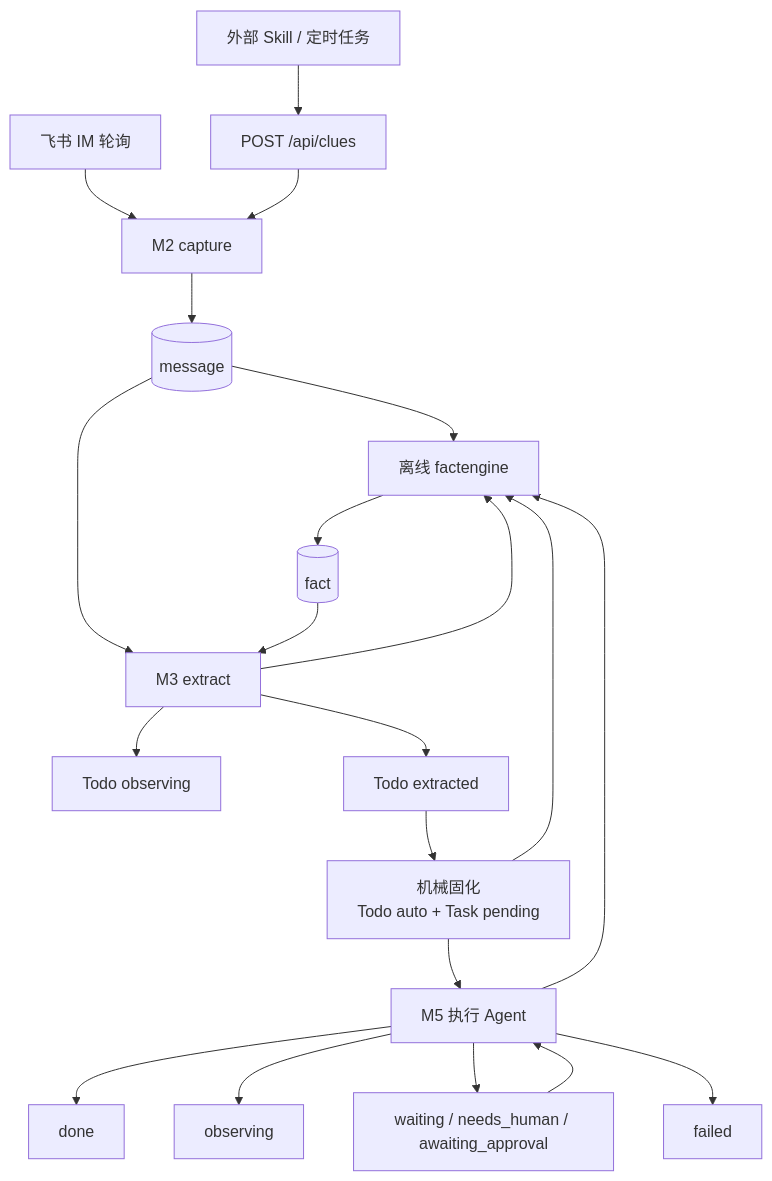
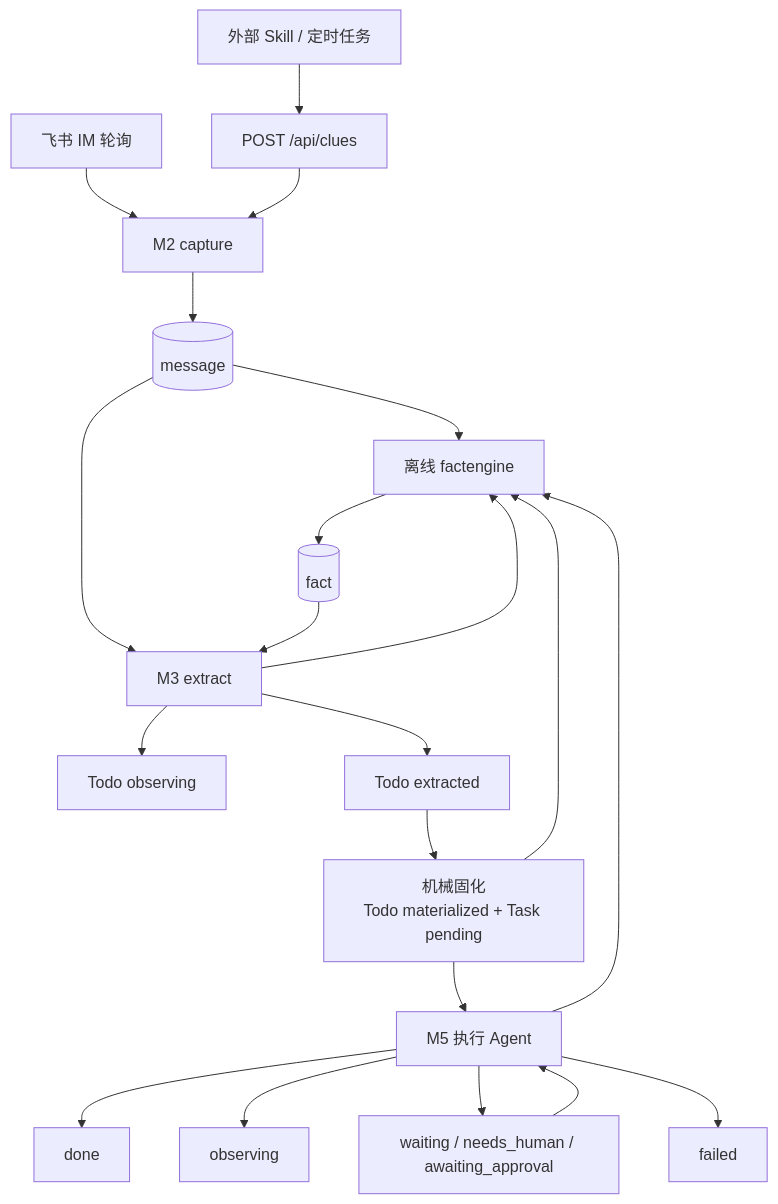
One commit to mjscjj/jarvis changed the second of 2 diagrams in docs/00-overview.md. Above: the diagram before and after it, drawn with Mermaid. The commit also changed other lines of this file and 8 other files, not shown here.

````diff
--- a/docs/00-overview.md
+++ b/docs/00-overview.md
@@ -45,21 +45,21 @@
 ```mermaid
 flowchart TD
     IM["飞书 IM 轮询"] --> M2["M2 capture"]
     EXT["外部 Skill / 定时任务"] --> CLUE["POST /api/clues"] --> M2
     M2 --> MSG[("message")]
     MSG --> FACT["离线 factengine"] --> F[("fact")]
     MSG --> M3["M3 extract"]
     F --> M3
     M3 --> OBS0["Todo observing"]
     M3 --> EXT0["Todo extracted"]
     M3 --> FACT
-    EXT0 --> AUTO["机械固化\nTodo auto + Task pending"]
-    AUTO --> EXEC["M5 执行 Agent"]
-    AUTO --> FACT
+    EXT0 --> MATERIALIZED["机械固化\nTodo materialized + Task pending"]
+    MATERIALIZED --> EXEC["M5 执行 Agent"]
+    MATERIALIZED --> FACT
     EXEC --> FACT
     EXEC --> DONE["done"]
     EXEC --> OBS2["observing"]
     EXEC --> WAIT["waiting / needs_human / awaiting_approval"]
     EXEC --> FAIL["failed"]
     WAIT --> EXEC
 ```
````
